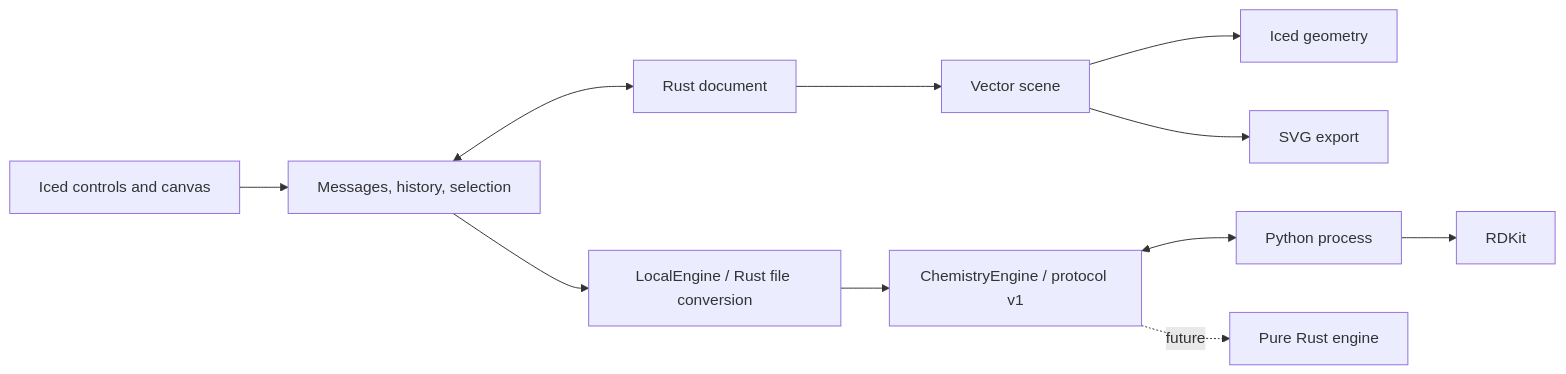
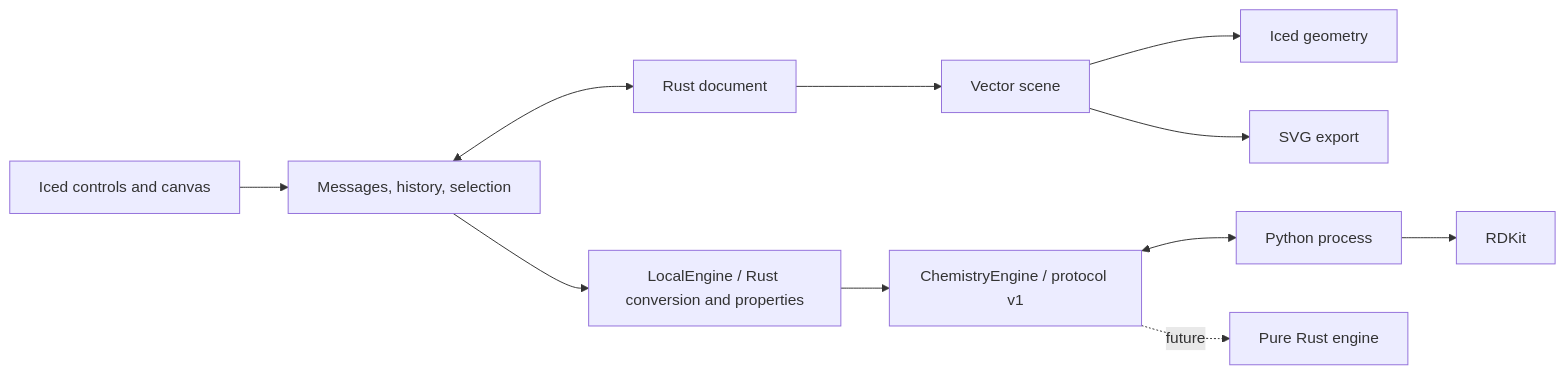
One commit to Ameyanagi/ReShiki changed the diagram in docs/architecture.md. Above: the diagram before and after it, drawn with Mermaid. The commit also changed other lines of this file and 16 other files, not shown here.

````diff
--- a/docs/architecture.md
+++ b/docs/architecture.md
@@ -5,13 +5,13 @@
 ```mermaid
 flowchart LR
     UI[Iced controls and canvas] --> App[Messages, history, selection]
     App <--> Doc[Rust document]
     Doc --> Scene[Vector scene]
     Scene --> Canvas[Iced geometry]
     Scene --> SVG[SVG export]
-    App --> Local[LocalEngine / Rust file conversion]
+    App --> Local[LocalEngine / Rust conversion and properties]
     Local --> Contract[ChemistryEngine / protocol v1]
     Contract <--> Worker[Python process]
     Worker --> RDKit[RDKit]
     Contract -. future .-> Rust[Pure Rust engine]
 ```
````
